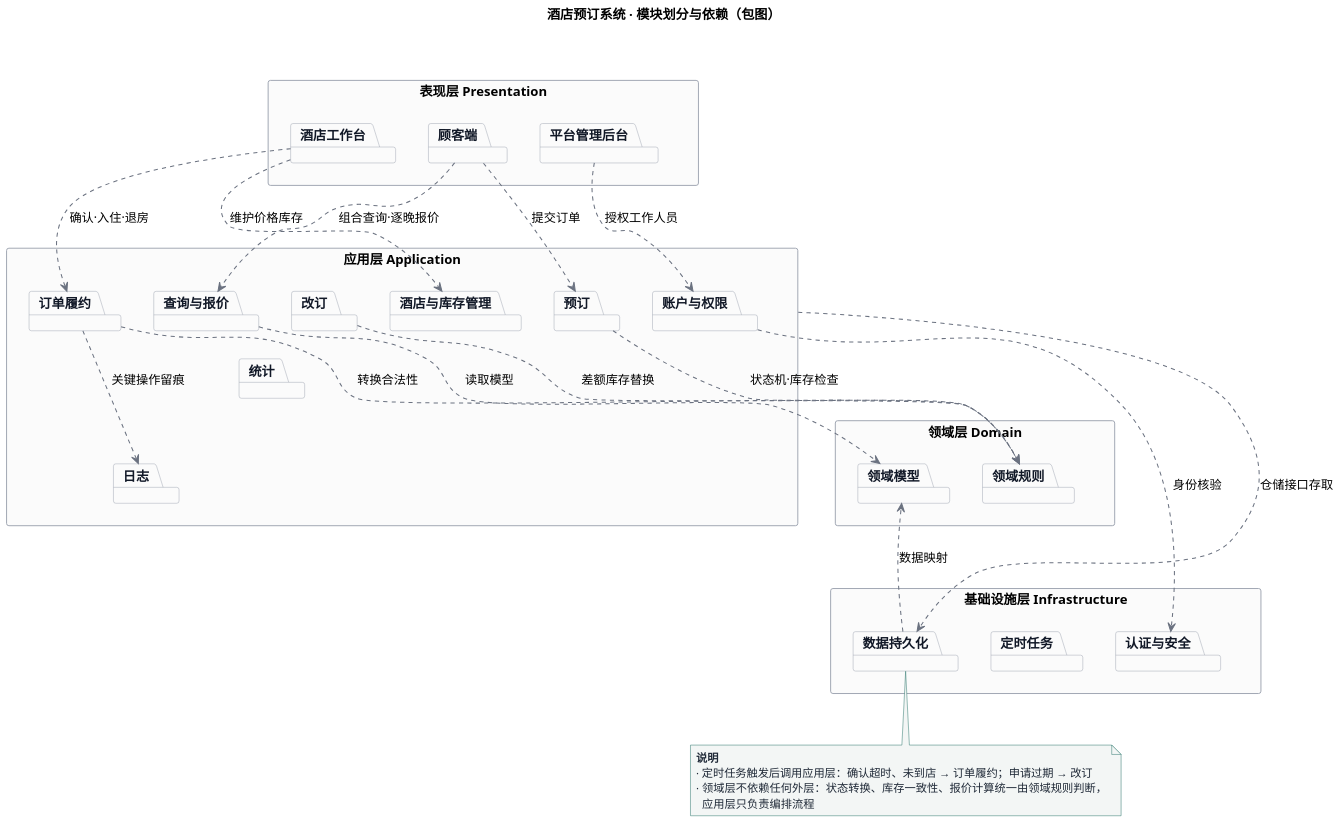
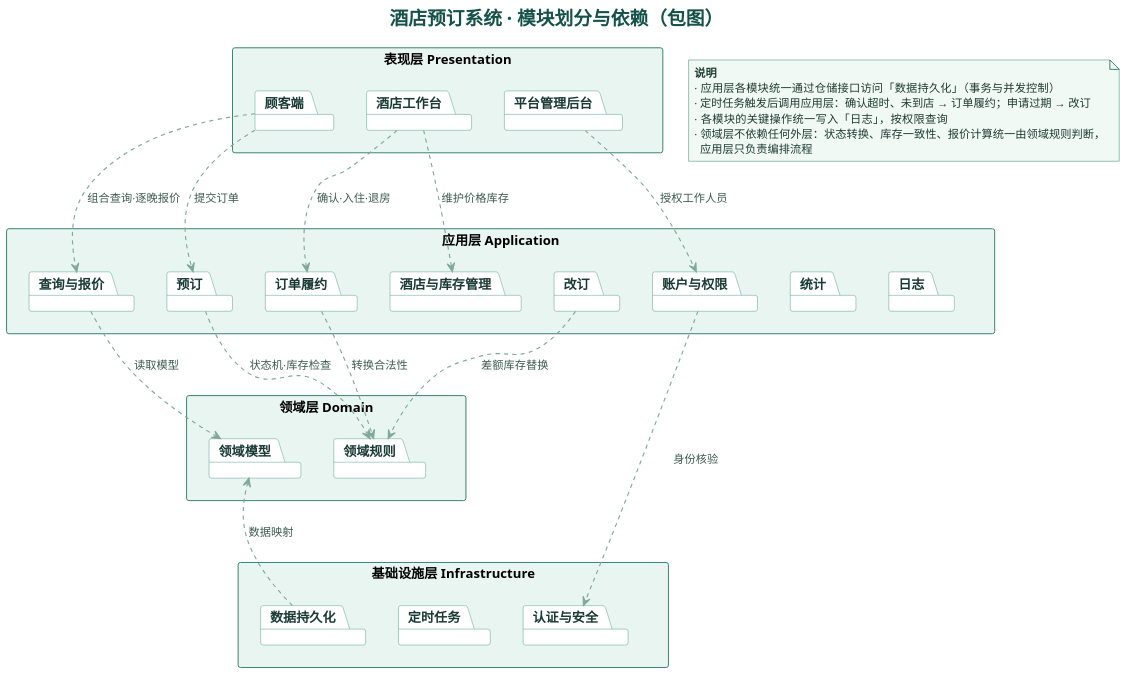
The diagram in lab2/实验2_231220170_央金灵卓/UML/UML包图.puml (yangjinlingzhuo/se-lab1-hotel-booking), drawn with PlantUML before and after one commit. The commit also changed 2 other files, not shown here.

Commit message:
人工反馈+AI修改(lab2): 包图改用实验一浅绿主题，精简跨层连线

```diff
--- a/lab2/实验2_231220170_央金灵卓/UML/UML包图.puml
+++ b/lab2/实验2_231220170_央金灵卓/UML/UML包图.puml
@@ -1,105 +1,118 @@
 @startuml UML包图
 title 酒店预订系统 · 模块划分与依赖（包图）
 
 skinparam packageStyle rectangle
+hide <<layer>> stereotype
 skinparam shadowing false
 skinparam defaultFontName "PingFang SC"
 skinparam dpi 150
-skinparam ArrowColor #6B7280
-skinparam ArrowThickness 1.1
+skinparam title {
+  FontColor #14524A
+  FontSize 20
+}
+skinparam ArrowColor #7FA99B
+skinparam ArrowThickness 1.2
+skinparam ArrowFontColor #3D5A50
+skinparam ArrowFontSize 12
 skinparam package {
-  BackgroundColor #FBFBFB
-  BorderColor #9CA3AF
-  FontColor #111827
+  BackgroundColor #FFFFFF
+  BorderColor #4E9A8A
+  FontColor #1A3A34
   FontSize 14
 }
+skinparam package<<layer>> {
+  BackgroundColor #E9F5F0
+  BorderColor #2E7D6B
+  FontColor #14524A
+  FontSize 15
+  FontStyle bold
+}
 skinparam note {
-  BackgroundColor #F3F6F5
-  BorderColor #1E6E64
-  FontColor #1F2937
+  BackgroundColor #F0F9F4
+  BorderColor #2E7D6B
+  FontColor #1F3A33
   FontSize 12
 }
 
-package "表现层 Presentation" {
+package "表现层 Presentation" <<layer>> {
   package "顾客端"
   package "酒店工作台"
   package "平台管理后台"
   "顾客端" -[hidden]r- "酒店工作台"
   "酒店工作台" -[hidden]r- "平台管理后台"
 }
 
-package "应用层 Application" {
+package "应用层 Application" <<layer>> {
   package "查询与报价"
   package "预订"
   package "订单履约"
-  package "改订"
   package "酒店与库存管理"
   package "账户与权限"
+  package "改订"
   package "统计"
   package "日志"
   "查询与报价" -[hidden]r- "预订"
   "预订" -[hidden]r- "订单履约"
-  "订单履约" -[hidden]r- "改订"
-  "改订" -[hidden]r- "酒店与库存管理"
+  "订单履约" -[hidden]r- "酒店与库存管理"
   "酒店与库存管理" -[hidden]r- "账户与权限"
-  "账户与权限" -[hidden]r- "统计"
+  "账户与权限" -[hidden]r- "改订"
+  "改订" -[hidden]r- "统计"
   "统计" -[hidden]r- "日志"
 }
 
-package "领域层 Domain" {
+package "领域层 Domain" <<layer>> {
   package "领域模型"
   package "领域规则"
   "领域模型" -[hidden]r- "领域规则"
 }
 
-package "基础设施层 Infrastructure" {
+package "基础设施层 Infrastructure" <<layer>> {
   package "数据持久化"
   package "定时任务"
   package "认证与安全"
   "数据持久化" -[hidden]r- "定时任务"
   "定时任务" -[hidden]r- "认证与安全"
 }
 
 ' 层间对齐约束
 "表现层 Presentation" -[hidden]d- "应用层 Application"
 "应用层 Application" -[hidden]d- "领域层 Domain"
 "领域层 Domain" -[hidden]d- "基础设施层 Infrastructure"
-"顾客端" -[hidden]d- "查询与报价"
+"顾客端" -[hidden]d- "预订"
 "酒店工作台" -[hidden]d- "订单履约"
 "平台管理后台" -[hidden]d- "账户与权限"
+"订单履约" -[hidden]d- "领域规则"
+"查询与报价" -[hidden]d- "领域模型"
+"领域模型" -[hidden]d- "数据持久化"
+"领域规则" -[hidden]d- "定时任务"
+"账户与权限" -[hidden]d- "认证与安全"
 
 ' 表现层 -> 应用层
 "顾客端" ..> "查询与报价" : 组合查询·逐晚报价
 "顾客端" ..> "预订" : 提交订单
+"酒店工作台" ..> "订单履约" : 确认·入住·退房
 "酒店工作台" ..> "酒店与库存管理" : 维护价格库存
-"酒店工作台" ..> "订单履约" : 确认·入住·退房
 "平台管理后台" ..> "账户与权限" : 授权工作人员
 
 ' 应用层 -> 领域层
+"查询与报价" ..> "领域模型" : 读取模型
 "预订" ..> "领域规则" : 状态机·库存检查
 "订单履约" ..> "领域规则" : 转换合法性
 "改订" ..> "领域规则" : 差额库存替换
-"查询与报价" ..> "领域模型" : 读取模型
 
 ' 应用层 -> 基础设施层
-"订单履约" ..> "日志" : 关键操作留痕
-"应用层 Application" ..> "数据持久化" : 仓储接口存取
 "账户与权限" ..> "认证与安全" : 身份核验
 
 ' 基础设施层支撑
 "数据持久化" ..> "领域模型" : 数据映射
 
 note as N1
   <b>说明</b>
+  · 应用层各模块统一通过仓储接口访问「数据持久化」（事务与并发控制）
   · 定时任务触发后调用应用层：确认超时、未到店 → 订单履约；申请过期 → 改订
+  · 各模块的关键操作统一写入「日志」，按权限查询
   · 领域层不依赖任何外层：状态转换、库存一致性、报价计算统一由领域规则判断，
     应用层只负责编排流程
 end note
-"数据持久化" -[hidden]d- N1
-
-' 纵向脊柱对齐
-"预订" -[hidden]d- "领域规则"
-"领域规则" -[hidden]d- "定时任务"
-"领域模型" -[hidden]d- "数据持久化"
 
 @enduml
```
